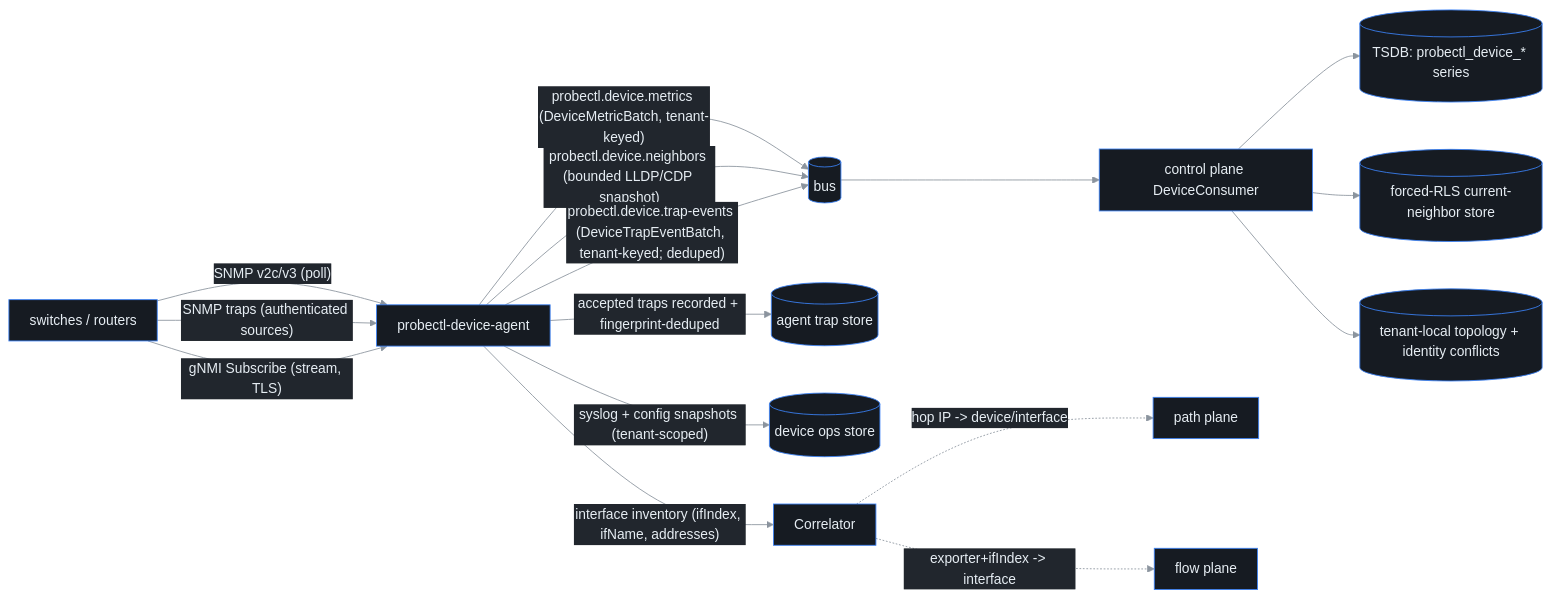
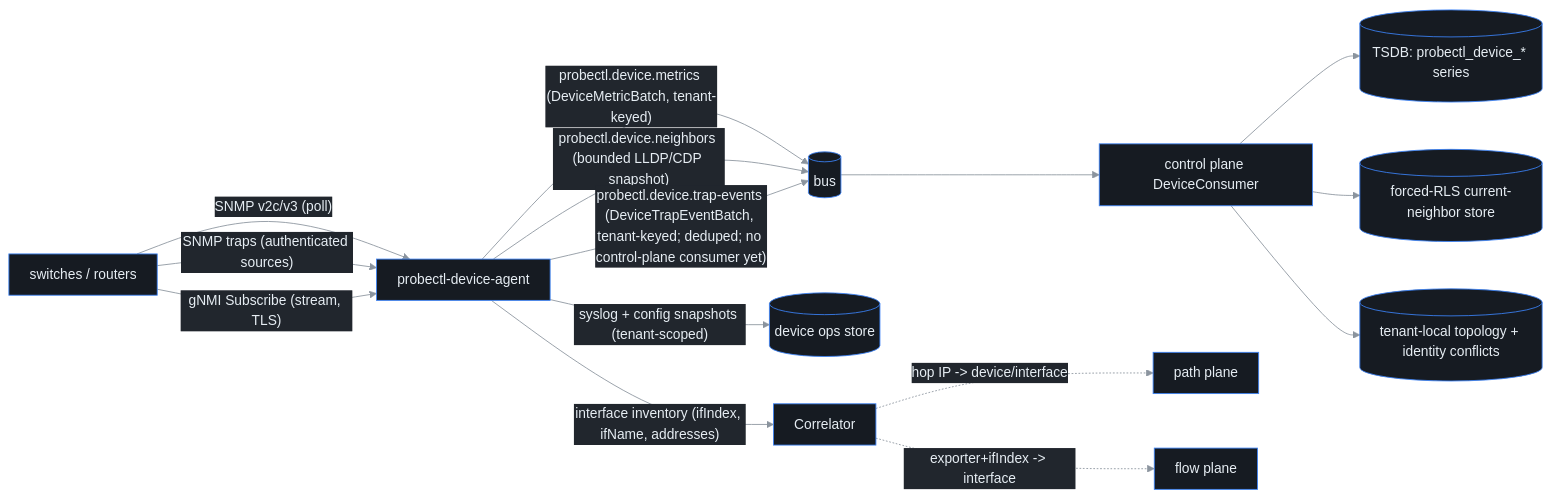
One commit to ctlplne/probectl changed the diagram in docs/device-telemetry.md. Above: the diagram before and after it, drawn with Mermaid. The commit also changed other lines of this file and 2 other files, not shown here.

````diff
--- a/docs/device-telemetry.md
+++ b/docs/device-telemetry.md
@@ -53,19 +57,18 @@
 ```mermaid
 %%{init: {'theme':'base','themeVariables':{'background':'#0d1117','primaryColor':'#161b22','primaryTextColor':'#e6edf3','primaryBorderColor':'#3b82f6','lineColor':'#8b949e','secondaryColor':'#21262d','tertiaryColor':'#0d1117','clusterBkg':'#161b22','clusterBorder':'#30363d','fontFamily':'ui-monospace, SFMono-Regular, Menlo, monospace'},'flowchart':{'curve':'basis','nodeSpacing':55,'rankSpacing':55,'padding':12}}}%%
 flowchart LR
   D[switches / routers] -- "SNMP v2c/v3 (poll)" --> A[probectl-device-agent]
   D -- "SNMP traps (authenticated sources)" --> A
   D -- "gNMI Subscribe (stream, TLS)" --> A
   A -- "probectl.device.metrics (DeviceMetricBatch, tenant-keyed)" --> B[(bus)]
   A -- "probectl.device.neighbors (bounded LLDP/CDP snapshot)" --> B
-  A -- "probectl.device.trap-events (DeviceTrapEventBatch, tenant-keyed; deduped)" --> B
-  A -- "accepted traps recorded + fingerprint-deduped" --> E[(agent trap store)]
+  A -- "probectl.device.trap-events (DeviceTrapEventBatch, tenant-keyed; deduped; no control-plane consumer yet)" --> B
   A -- "syslog + config snapshots (tenant-scoped)" --> O[(device ops store)]
   B --> P[control plane DeviceConsumer]
   P --> T[(TSDB: probectl_device_* series)]
   P --> N[(forced-RLS current-neighbor store)]
   P --> I[(tenant-local topology + identity conflicts)]
   A -- "interface inventory (ifIndex, ifName, addresses)" --> C[Correlator]
   C -. "hop IP -> device/interface" .-> PathPlane[path plane]
   C -. "exporter+ifIndex -> interface" .-> FlowPlane[flow plane]
 ```
````
